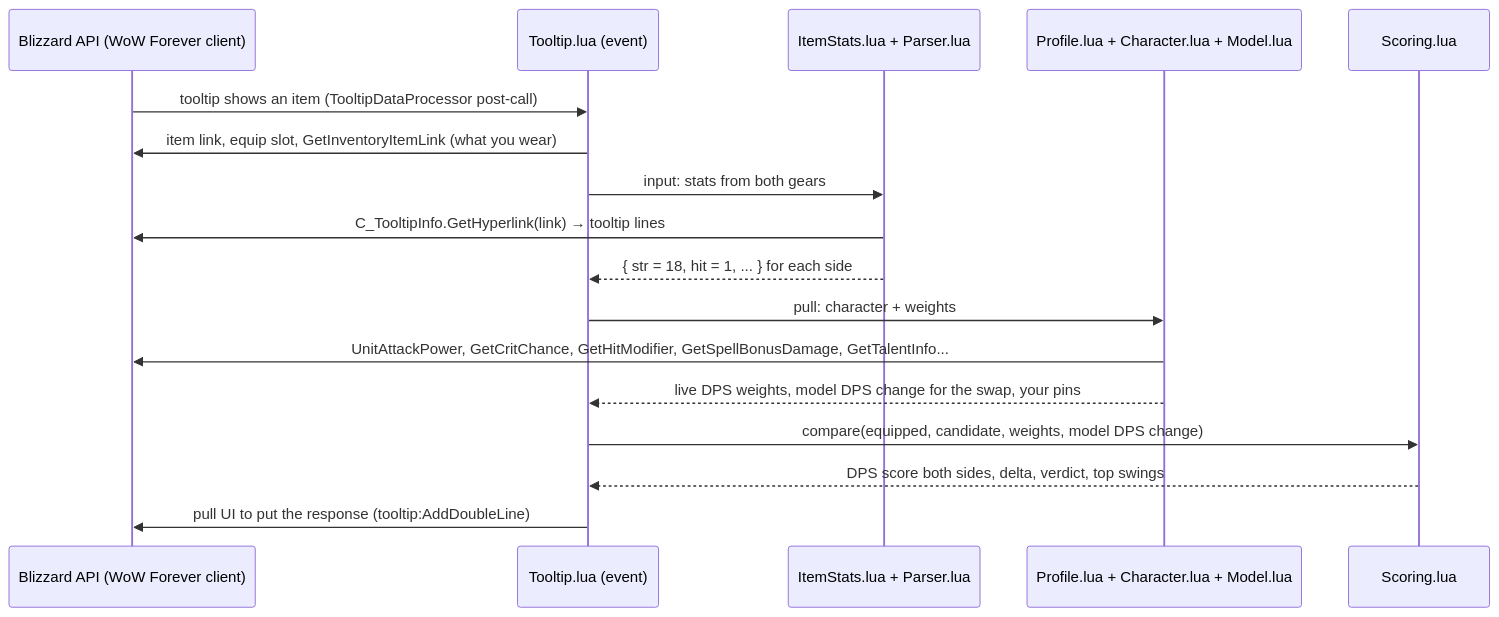
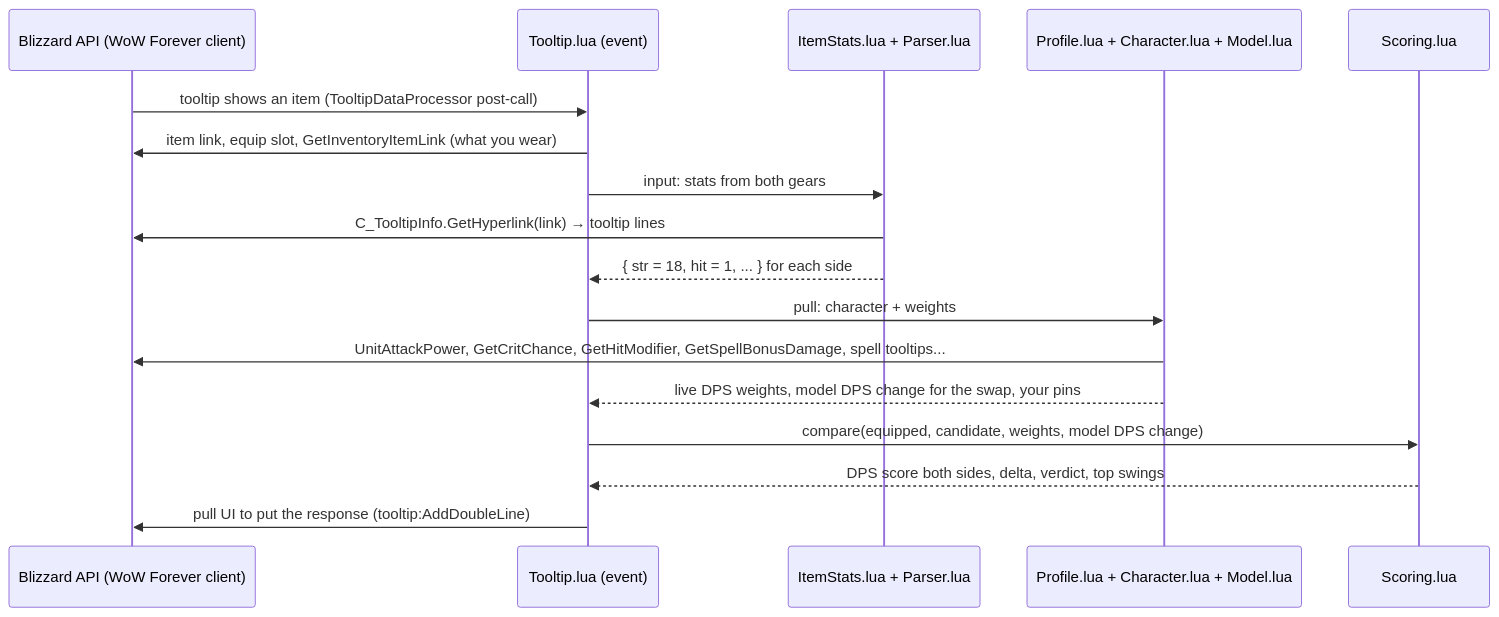
Before and after one commit to terry-turcotte/ForeverGearScale: the diagram in README.md, drawn with Mermaid. The commit also changed other lines of this file and 8 other files, not shown here.

First line of the commit message:
Go by build: 12/8/31 at level 60, no talent API

````diff
--- a/README.md
+++ b/README.md
@@ -76,20 +75,20 @@
 ```mermaid
 sequenceDiagram
     participant API as Blizzard API (WoW Forever client)
     participant Hook as Tooltip.lua (event)
     participant Stats as ItemStats.lua + Parser.lua
     participant Prof as Profile.lua + Character.lua + Model.lua
     participant Score as Scoring.lua
 
     API->>Hook: tooltip shows an item (TooltipDataProcessor post-call)
     Hook->>API: item link, equip slot, GetInventoryItemLink (what you wear)
     Hook->>Stats: input: stats from both gears
     Stats->>API: C_TooltipInfo.GetHyperlink(link) → tooltip lines
     Stats-->>Hook: { str = 18, hit = 1, ... } for each side
     Hook->>Prof: pull: character + weights
-    Prof->>API: UnitAttackPower, GetCritChance, GetHitModifier, GetSpellBonusDamage, GetTalentInfo...
+    Prof->>API: UnitAttackPower, GetCritChance, GetHitModifier, GetSpellBonusDamage, spell tooltips...
     Prof-->>Hook: live DPS weights, model DPS change for the swap, your pins
     Hook->>Score: compare(equipped, candidate, weights, model DPS change)
     Score-->>Hook: DPS score both sides, delta, verdict, top swings
     Hook->>API: pull UI to put the response (tooltip:AddDoubleLine)
 ```
````
